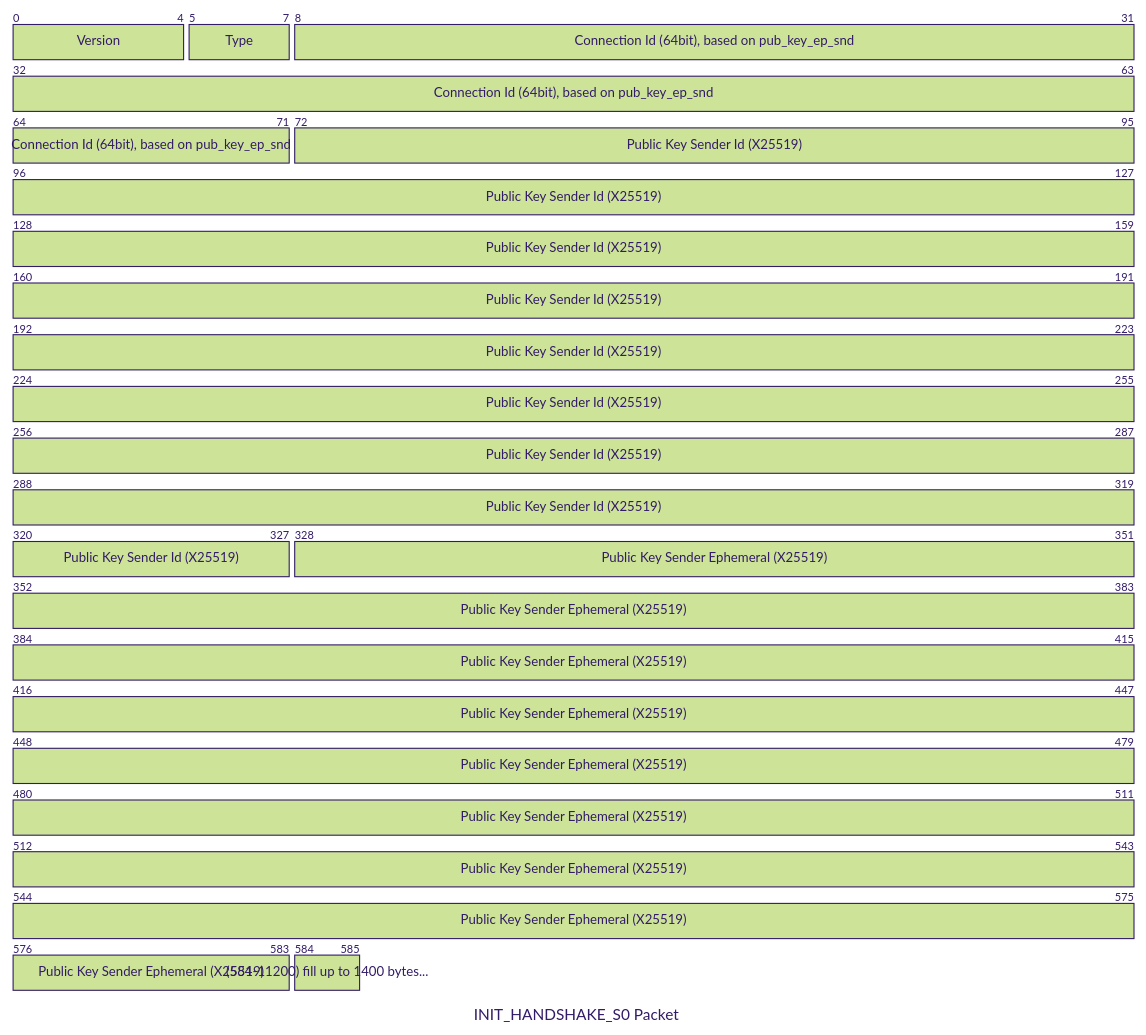
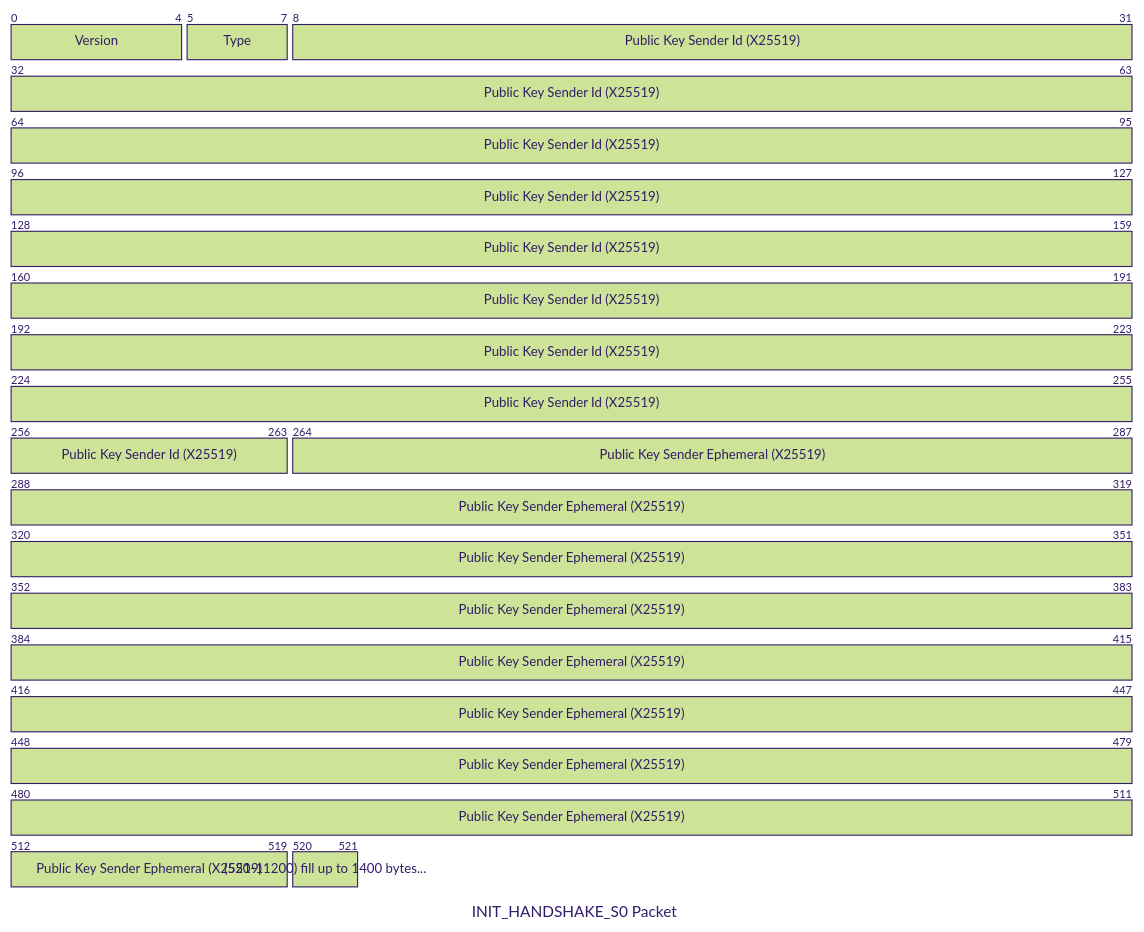
The third of 13 diagrams in Readme.md (tbocek/qotp), drawn with Mermaid (forest theme) before and after one commit. The commit also changed other lines of this file and 9 other files, not shown here.

````diff
--- a/Readme.md
+++ b/Readme.md
@@ -133,12 +133,11 @@
 ```mermaid
 ---
 title: "INIT_HANDSHAKE_S0 Packet"
 ---
 packet-beta
   0-4: "Version"
   5-7: "Type"
-  8-71: "Connection Id (64bit), based on pub_key_ep_snd"
-  72-327: "Public Key Sender Id (X25519)"
-  328-583: "Public Key Sender Ephemeral (X25519)"
-  584-585: "(584-11200) fill up to 1400 bytes..."
+  8-263: "Public Key Sender Id (X25519)"
+  264-519: "Public Key Sender Ephemeral (X25519)"
+  520-521: "(520-11200) fill up to 1400 bytes..."
 ```
````
